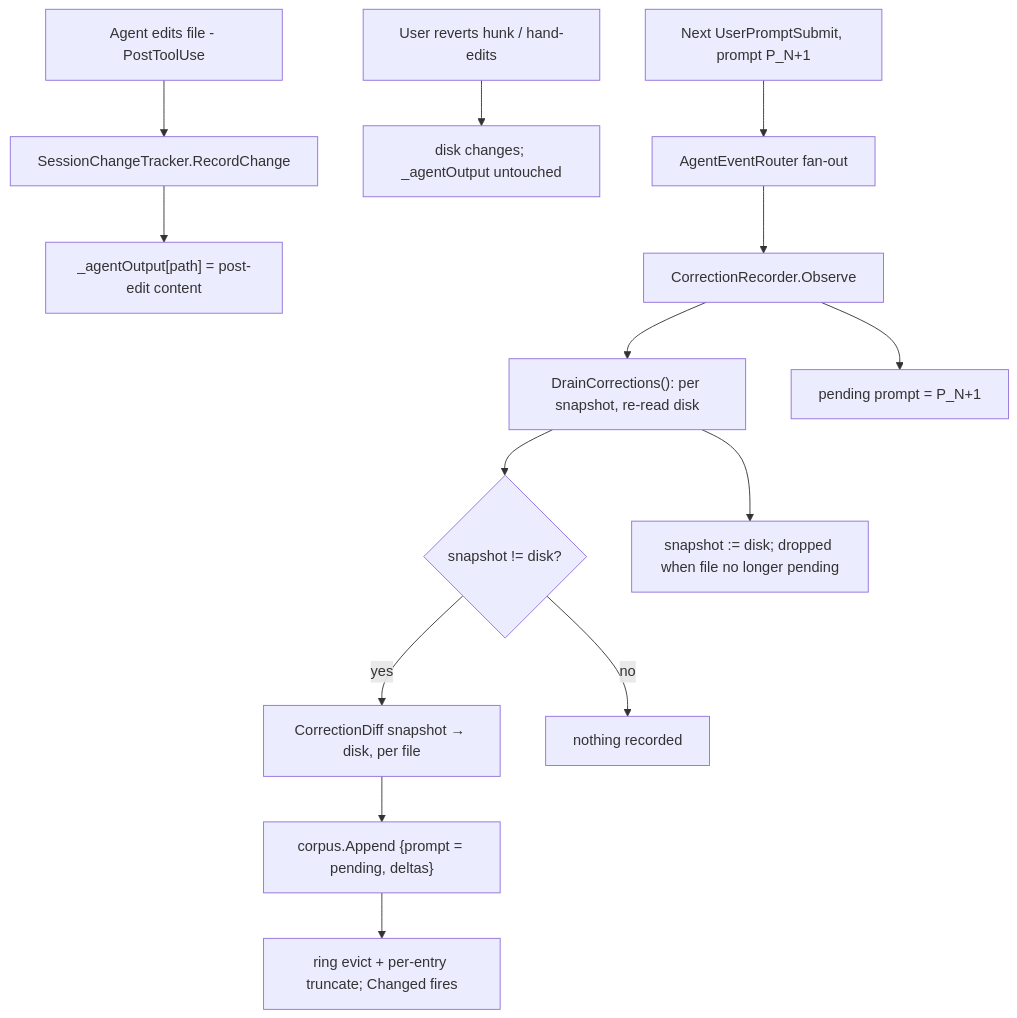
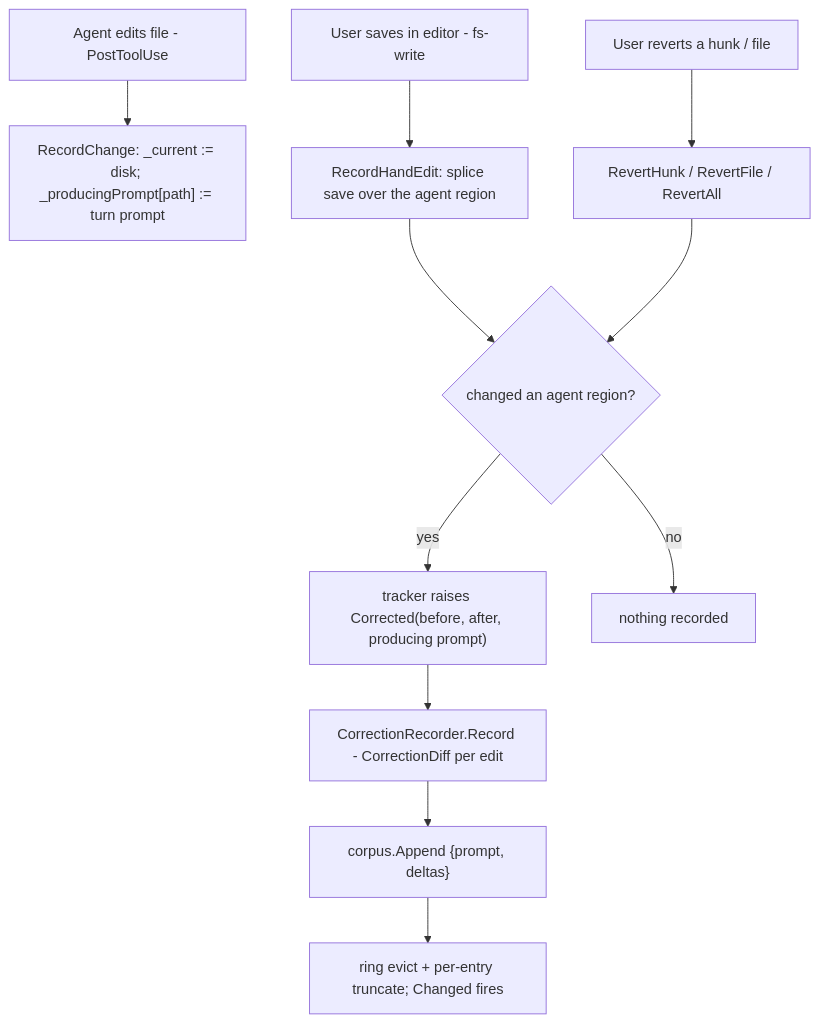
The first of 2 diagrams in docs/specs/learn-from-corrections.md (Kapps/weavie), drawn with Mermaid before and after one commit. The commit also changed other lines of this file and 21 other files, not shown here.

````diff
--- a/docs/specs/learn-from-corrections.md
+++ b/docs/specs/learn-from-corrections.md
@@ -81,16 +90,13 @@
 ```mermaid
 flowchart TD
-  A[Agent edits file - PostToolUse] --> B[SessionChangeTracker.RecordChange]
-  B --> C["_agentOutput[path] = post-edit content"]
-  U[User reverts hunk / hand-edits] --> D["disk changes; _agentOutput untouched"]
-  P[Next UserPromptSubmit, prompt P_N+1] --> R[AgentEventRouter fan-out]
-  R --> E[CorrectionRecorder.Observe]
-  E --> F["DrainCorrections(): per snapshot, re-read disk"]
-  F --> G{"snapshot != disk?"}
-  G -- yes --> H[CorrectionDiff snapshot → disk, per file]
-  H --> I["corpus.Append {prompt = pending, deltas}"]
+  A[Agent edits file - PostToolUse] --> B["RecordChange: _current := disk; _producingPrompt[path] := turn prompt"]
+  S[User saves in editor - fs-write] --> C["RecordHandEdit: splice save over the agent region"]
+  V[User reverts a hunk / file] --> W[RevertHunk / RevertFile / RevertAll]
+  C --> E{"changed an agent region?"}
+  W --> E
+  E -- yes --> F["tracker raises Corrected(before, after, producing prompt)"]
+  F --> G[CorrectionRecorder.Record - CorrectionDiff per edit]
+  G --> I["corpus.Append {prompt, deltas}"]
   I --> J[ring evict + per-entry truncate; Changed fires]
-  G -- no --> K[nothing recorded]
-  F --> L["snapshot := disk; dropped when file no longer pending"]
-  E --> M[pending prompt = P_N+1]
+  E -- no --> K[nothing recorded]
 ```
````
